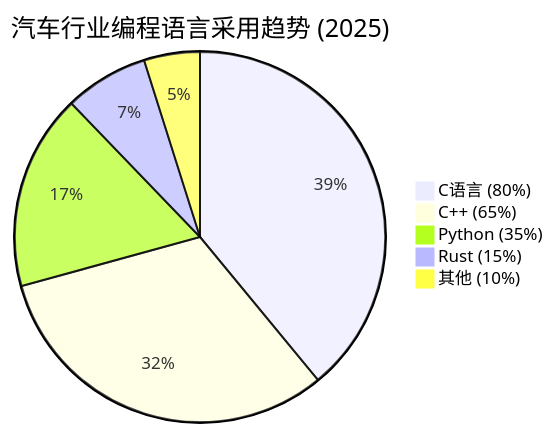
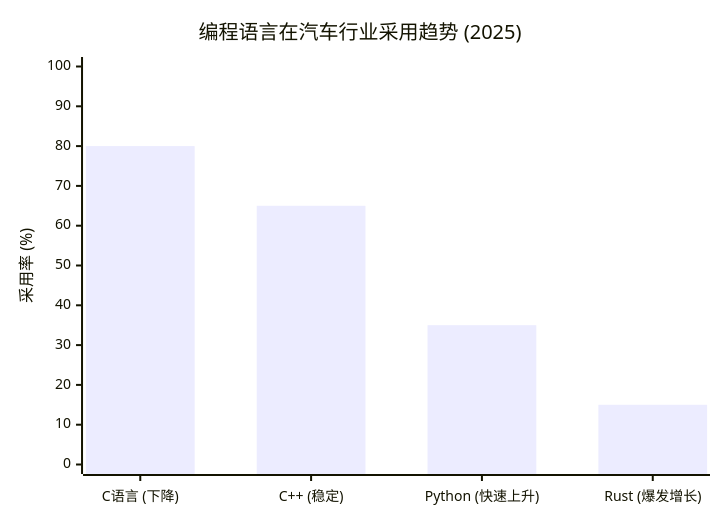
The third of 4 diagrams in source/_posts/2026-04-15-automotive-soc-agent-language-analysis.md (xuqi2024/xuqi2024.github.io), drawn with Mermaid before and after one commit. The commit also changed other lines of this file and 49 other files, not shown here.

````diff
--- a/source/_posts/2026-04-15-automotive-soc-agent-language-analysis.md
+++ b/source/_posts/2026-04-15-automotive-soc-agent-language-analysis.md
@@ -182,8 +178,7 @@
 ```mermaid
-pie title 汽车行业编程语言采用趋势 (2025)
-    "C语言 (80%)" : 80
-    "C++ (65%)" : 65
-    "Python (35%)" : 35
-    "Rust (15%)" : 15
-    "其他 (10%)" : 10
+xychart-beta
+    title "编程语言在汽车行业采用趋势 (2025)"
+    x-axis ["C语言 (下降)", "C++ (稳定)", "Python (快速上升)", "Rust (爆发增长)"]
+    y-axis "采用率 (%)" 0 --> 100
+    bar [80, 65, 35, 15]
 ```
````
